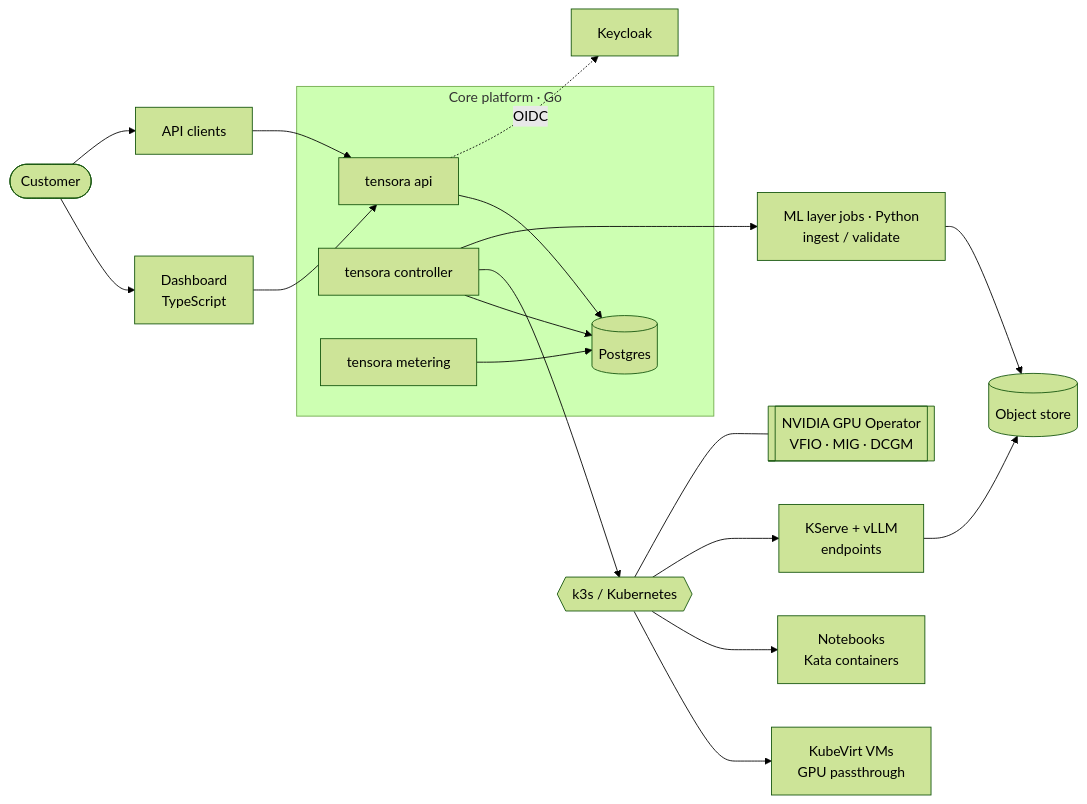
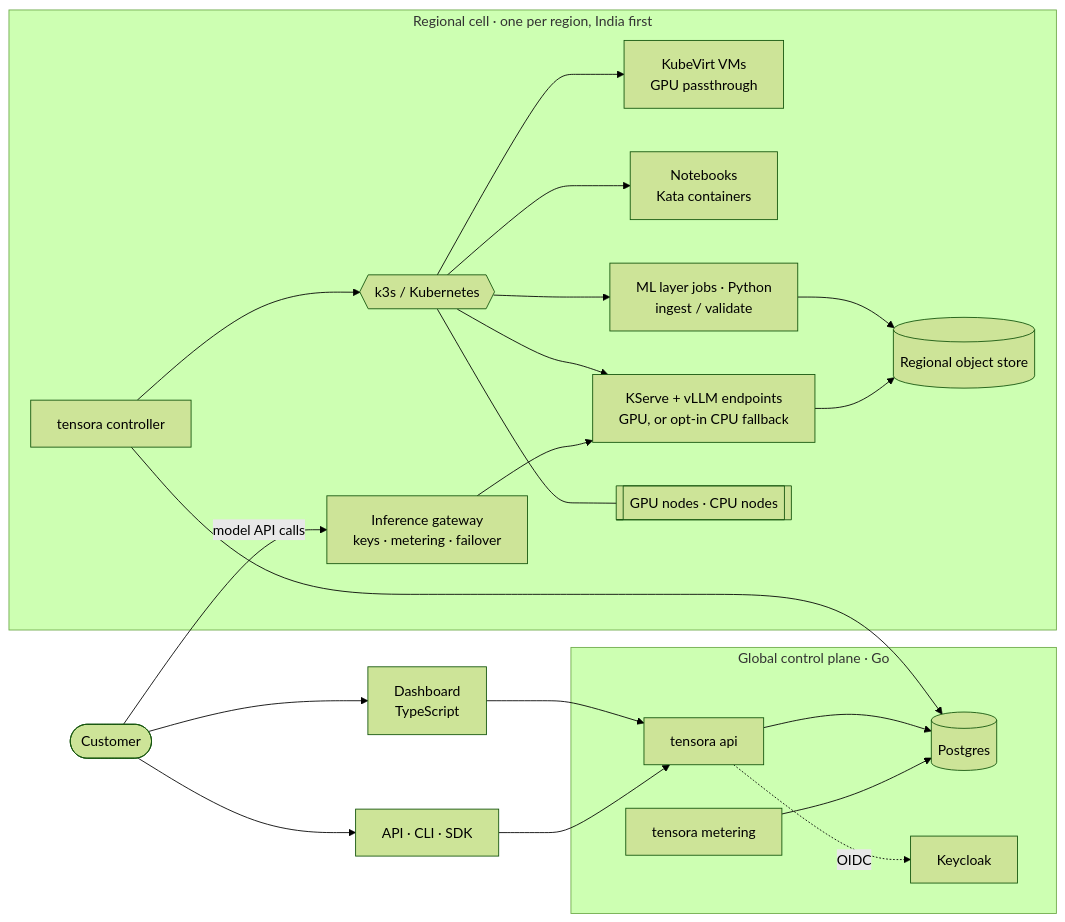
Before and after one commit to krishnanand20/Tensora: the diagram in README.md, drawn with Mermaid (forest theme). The commit also changed 52 other files, not shown here.

````diff
--- a/README.md
+++ b/README.md
@@ -20,21 +20,25 @@
 ```mermaid
 flowchart LR
   user([Customer]) --> web[Dashboard<br/>TypeScript]
-  user --> sdk[API clients]
+  user --> sdk[API · CLI · SDK]
   web --> api
   sdk --> api
-  subgraph cp[Core platform · Go]
+  subgraph global[Global control plane · Go]
     api[tensora api] --> pg[(Postgres)]
-    ctrl[tensora controller] --> pg
     meter[tensora metering] --> pg
+    api -. OIDC .-> kc[Keycloak]
   end
-  api -. OIDC .-> kc[Keycloak]
-  ctrl --> k8s{{k3s / Kubernetes}}
-  k8s --> kv[KubeVirt VMs<br/>GPU passthrough]
-  k8s --> nb[Notebooks<br/>Kata containers]
-  k8s --> ep[KServe + vLLM<br/>endpoints]
-  ctrl --> mljob[ML layer jobs · Python<br/>ingest / validate]
-  mljob --> s3[(Object store)]
-  ep --> s3
-  k8s --- gpu[[NVIDIA GPU Operator<br/>VFIO · MIG · DCGM]]
+  subgraph cell[Regional cell · one per region, India first]
+    ctrl[tensora controller] --> k8s{{k3s / Kubernetes}}
+    gw[Inference gateway<br/>keys · metering · failover]
+    k8s --> kv[KubeVirt VMs<br/>GPU passthrough]
+    k8s --> nb[Notebooks<br/>Kata containers]
+    k8s --> ep[KServe + vLLM endpoints<br/>GPU, or opt-in CPU fallback]
+    k8s --> mljob[ML layer jobs · Python<br/>ingest / validate]
+    mljob --> s3[(Regional object store)]
+    ep --> s3
+    k8s --- nodes[[GPU nodes · CPU nodes]]
+  end
+  ctrl --> pg
+  user -- model API calls --> gw --> ep
 ```
````
